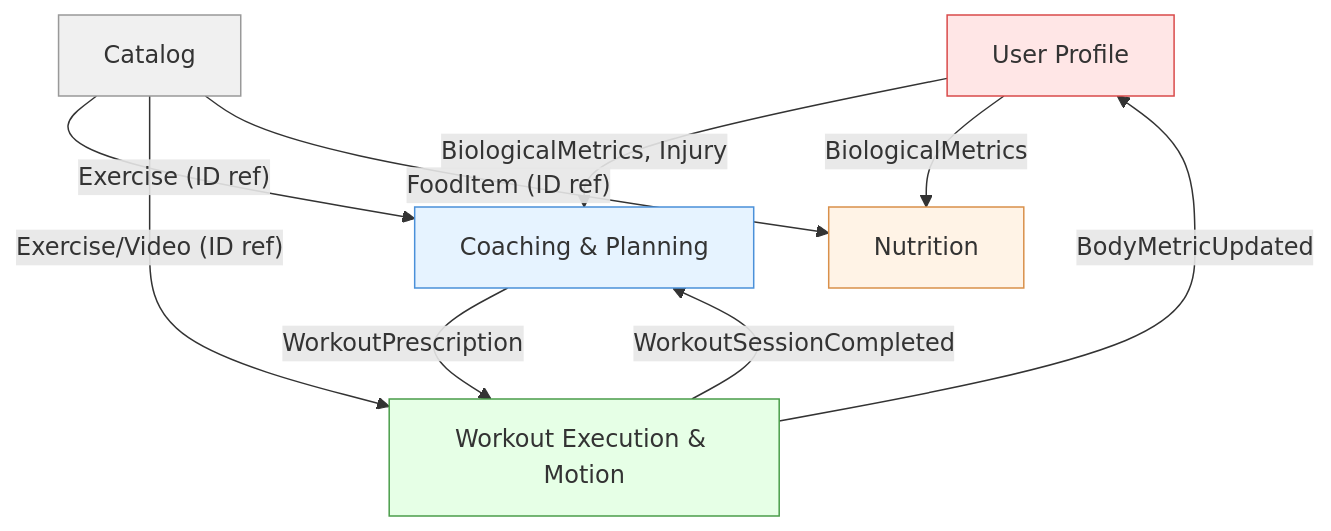
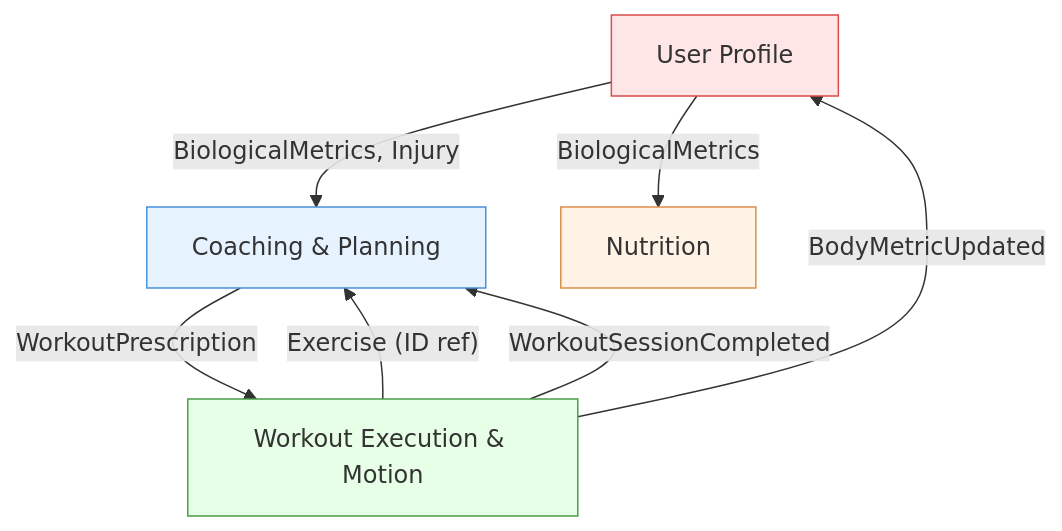
The diagram in docs/02_bounded_context.md (viethung213/gym-companion), drawn with Mermaid before and after one commit. The commit also changed other lines of this file and 14 other files, not shown here.

````diff
--- a/docs/02_bounded_context.md
+++ b/docs/02_bounded_context.md
@@ -102,26 +90,22 @@
 ```mermaid
 graph TD
     UP["User Profile"]
     CP["Coaching & Planning"]
     WEM["Workout Execution & Motion"]
     NU["Nutrition"]
-    CA["Catalog"]
 
     UP -- "BiologicalMetrics, Injury" --> CP
     UP -- "BiologicalMetrics" --> NU
 
-    CA -- "Exercise (ID ref)" --> CP
-    CA -- "Exercise/Video (ID ref)" --> WEM
-    CA -- "FoodItem (ID ref)" --> NU
+    WEM -- "Exercise (ID ref)" --> CP
 
     CP -- "WorkoutPrescription" --> WEM
 
     WEM -- "WorkoutSessionCompleted" --> CP
     WEM -- "BodyMetricUpdated" --> UP
 
-    style CA fill:#f0f0f0,stroke:#999
     style CP fill:#e6f3ff,stroke:#4a90d9
     style WEM fill:#e6ffe6,stroke:#4a9d4a
     style NU fill:#fff3e6,stroke:#d9904a
     style UP fill:#ffe6e6,stroke:#d94a4a
 ```
````
